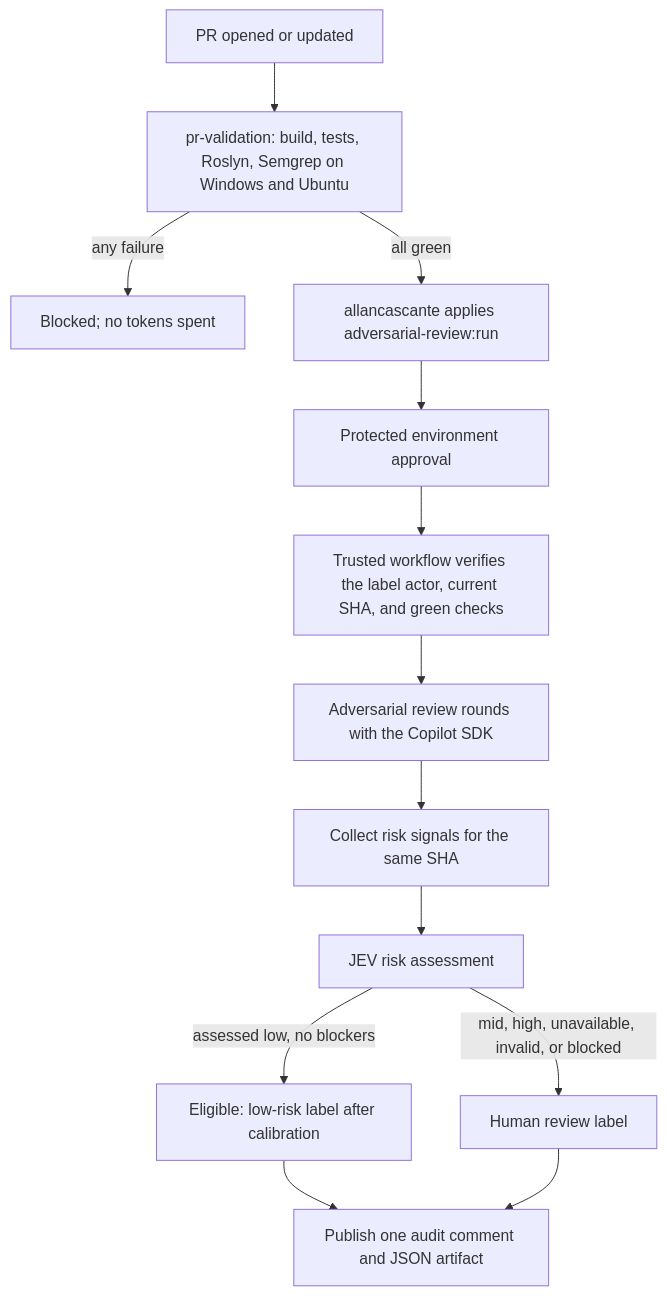
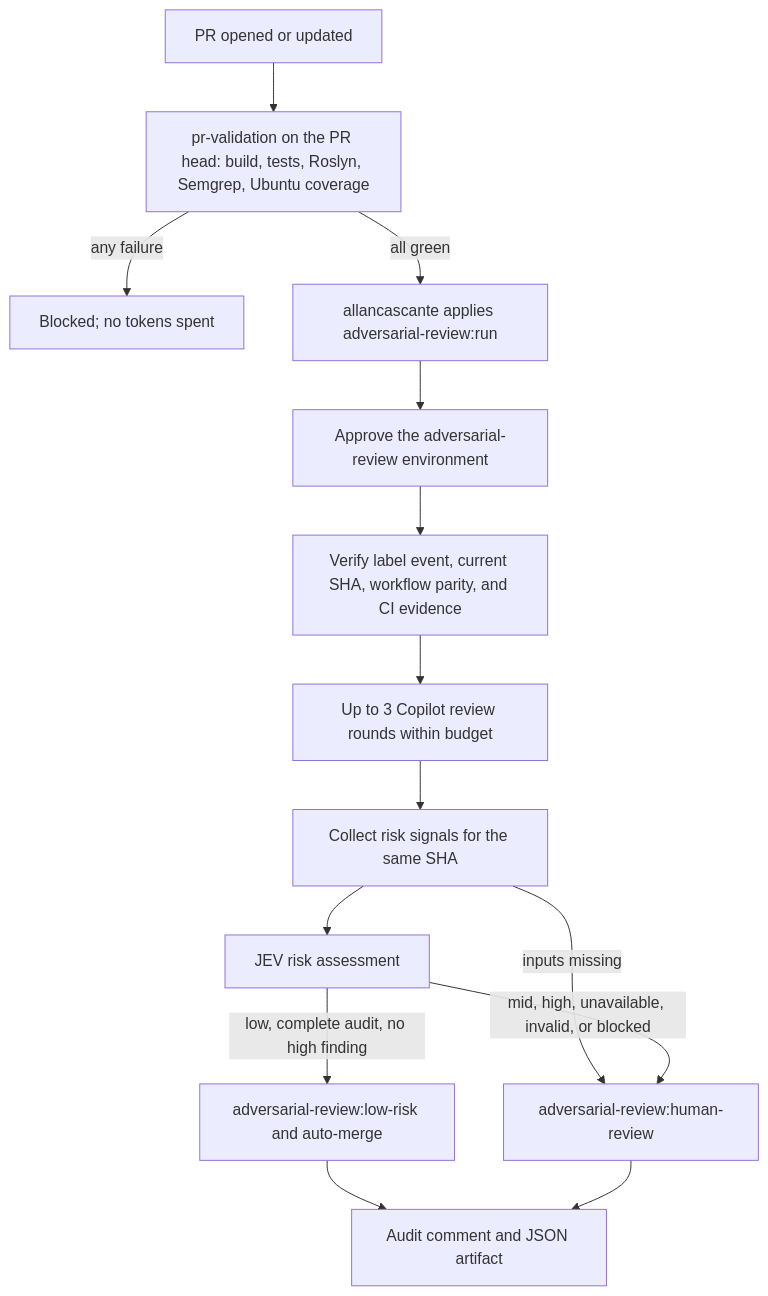
One commit to cenfosoft/SqlScriptDOM changed the diagram in docs/jev-risk-assessment.md. Above: the diagram before and after it, drawn with Mermaid. The commit also changed other lines of this file and 12 other files, not shown here.

First line of the commit message:
Document the trusted review flow and use the shared reviewer prompt

````diff
--- a/docs/jev-risk-assessment.md
+++ b/docs/jev-risk-assessment.md
@@ -103,15 +106,16 @@
 ```mermaid
 flowchart TD
-    A[PR opened or updated] --> B[pr-validation: build, tests, Roslyn, Semgrep on Windows and Ubuntu]
+    A[PR opened or updated] --> B[pr-validation on the PR head: build, tests, Roslyn, Semgrep, Ubuntu coverage]
     B -->|any failure| X[Blocked; no tokens spent]
     B -->|all green| C[allancascante applies adversarial-review:run]
-    C --> D[Protected environment approval]
-    D --> E[Trusted workflow verifies the label actor, current SHA, and green checks]
-    E --> F[Adversarial review rounds with the Copilot SDK]
+    C --> D[Approve the adversarial-review environment]
+    D --> E[Verify label event, current SHA, workflow parity, and CI evidence]
+    E --> F[Up to 3 Copilot review rounds within budget]
     F --> G[Collect risk signals for the same SHA]
+    G -->|inputs missing| J[adversarial-review:human-review]
     G --> H[JEV risk assessment]
-    H -->|assessed low, no blockers| I[Eligible: low-risk label after calibration]
-    H -->|mid, high, unavailable, invalid, or blocked| J[Human review label]
-    I --> K[Publish one audit comment and JSON artifact]
+    H -->|low, complete audit, no high finding| I[adversarial-review:low-risk and auto-merge]
+    H -->|mid, high, unavailable, invalid, or blocked| J
+    I --> K[Audit comment and JSON artifact]
     J --> K
 ```
````
